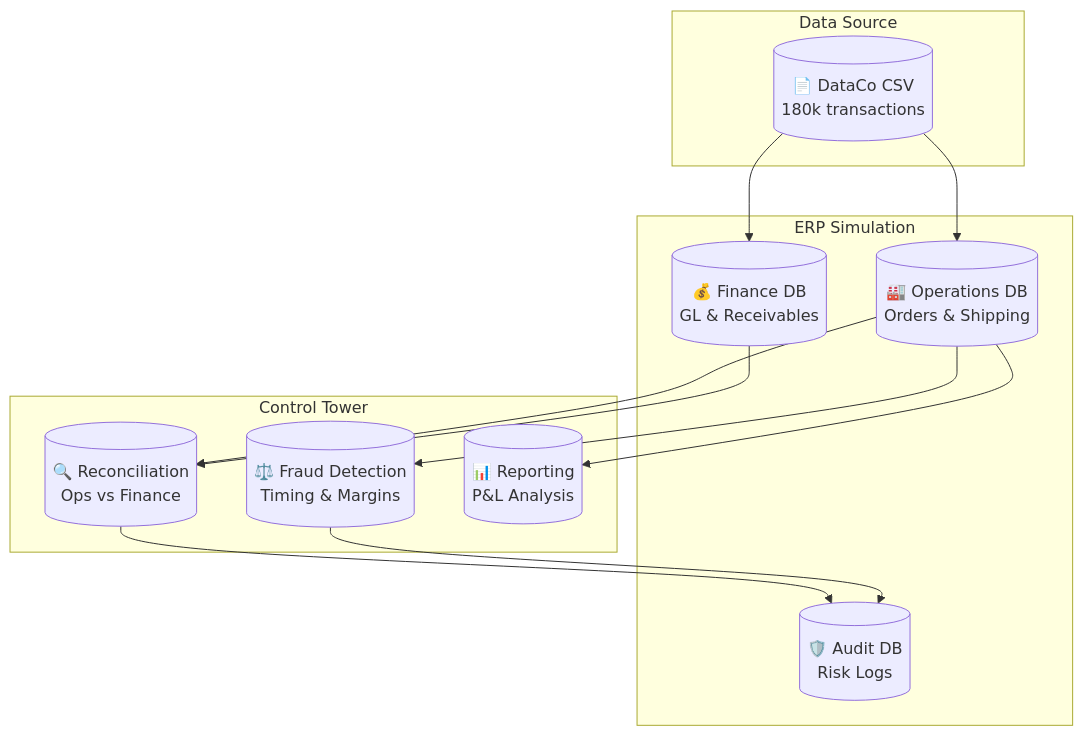
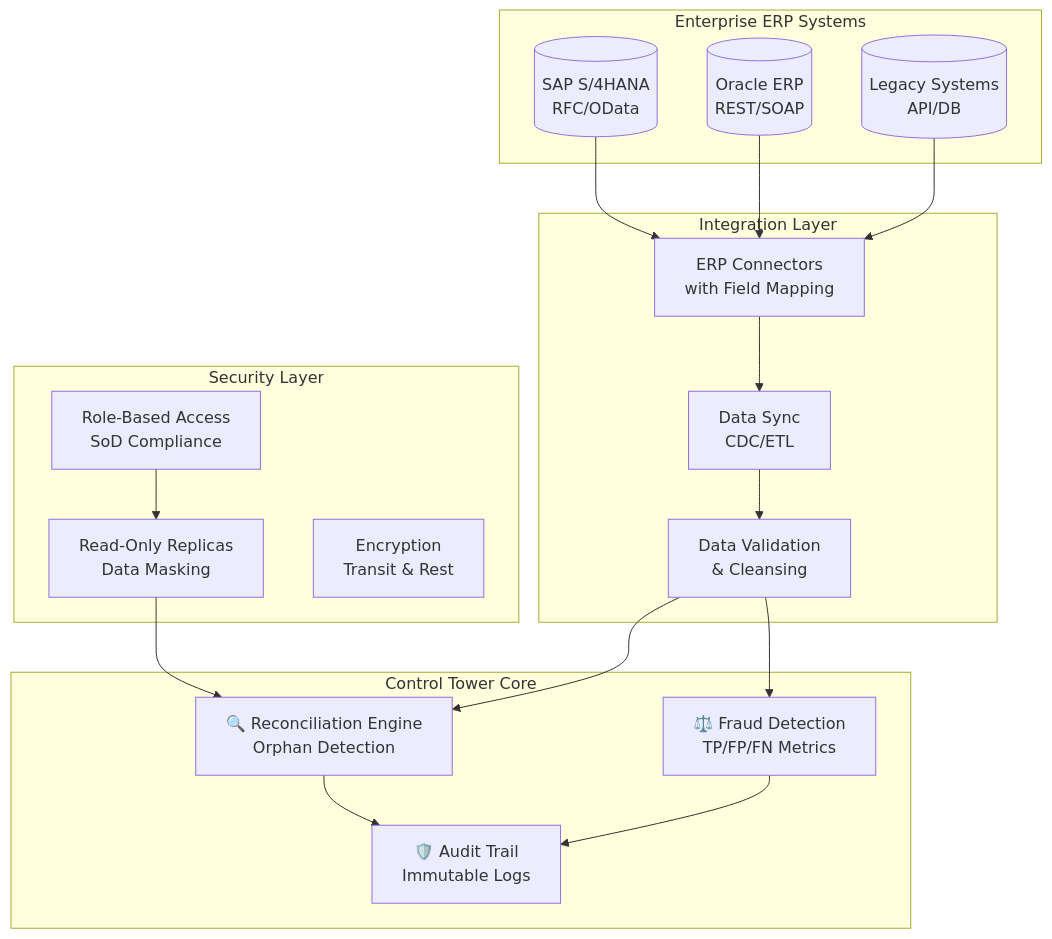
Before and after one commit to zheyuliu328/financial-control-tower: the diagram in README.md, drawn with Mermaid. The commit also changed other lines of this file and 8 other files, not shown here.

````diff
--- a/README.md
+++ b/README.md
@@ -42,27 +61,38 @@
 ```mermaid
 graph TD
-    subgraph "Data Source"
-        CSV[("📄 DataCo CSV<br/>180k transactions")]
+    subgraph "Enterprise ERP Systems"
+        SAP[("SAP S/4HANA<br/>RFC/OData")]
+        ORA[("Oracle ERP<br/>REST/SOAP")]
+        LEG[("Legacy Systems<br/>API/DB")]
     end
 
-    subgraph "ERP Simulation"
-        OPS[("🏭 Operations DB<br/>Orders & Shipping")]
-        FIN[("💰 Finance DB<br/>GL & Receivables")]
-        AUD[("🛡️ Audit DB<br/>Risk Logs")]
+    subgraph "Integration Layer"
+        CONN["ERP Connectors<br/>with Field Mapping"]
+        SYNC["Data Sync<br/>CDC/ETL"]
+        VAL["Data Validation<br/>& Cleansing"]
     end
 
-    subgraph "Control Tower"
-        REC[("🔍 Reconciliation<br/>Ops vs Finance")]
-        FRD[("⚖️ Fraud Detection<br/>Timing & Margins")]
-        RPT[("📊 Reporting<br/>P&L Analysis")]
+    subgraph "Control Tower Core"
+        REC["🔍 Reconciliation Engine<br/>Orphan Detection"]
+        FRD["⚖️ Fraud Detection<br/>TP/FP/FN Metrics"]
+        AUD["🛡️ Audit Trail<br/>Immutable Logs"]
     end
 
-    CSV --> OPS
-    CSV --> FIN
-    OPS --> REC
-    FIN --> REC
-    OPS --> FRD
+    subgraph "Security Layer"
+        RBAC["Role-Based Access<br/>SoD Compliance"]
+        RO["Read-Only Replicas<br/>Data Masking"]
+        ENC["Encryption<br/>Transit & Rest"]
+    end
+
+    SAP --> CONN
+    ORA --> CONN
+    LEG --> CONN
+    CONN --> SYNC
+    SYNC --> VAL
+    VAL --> REC
+    VAL --> FRD
     REC --> AUD
     FRD --> AUD
-    OPS --> RPT
+    RBAC --> RO
+    RO --> REC
 ```
````
